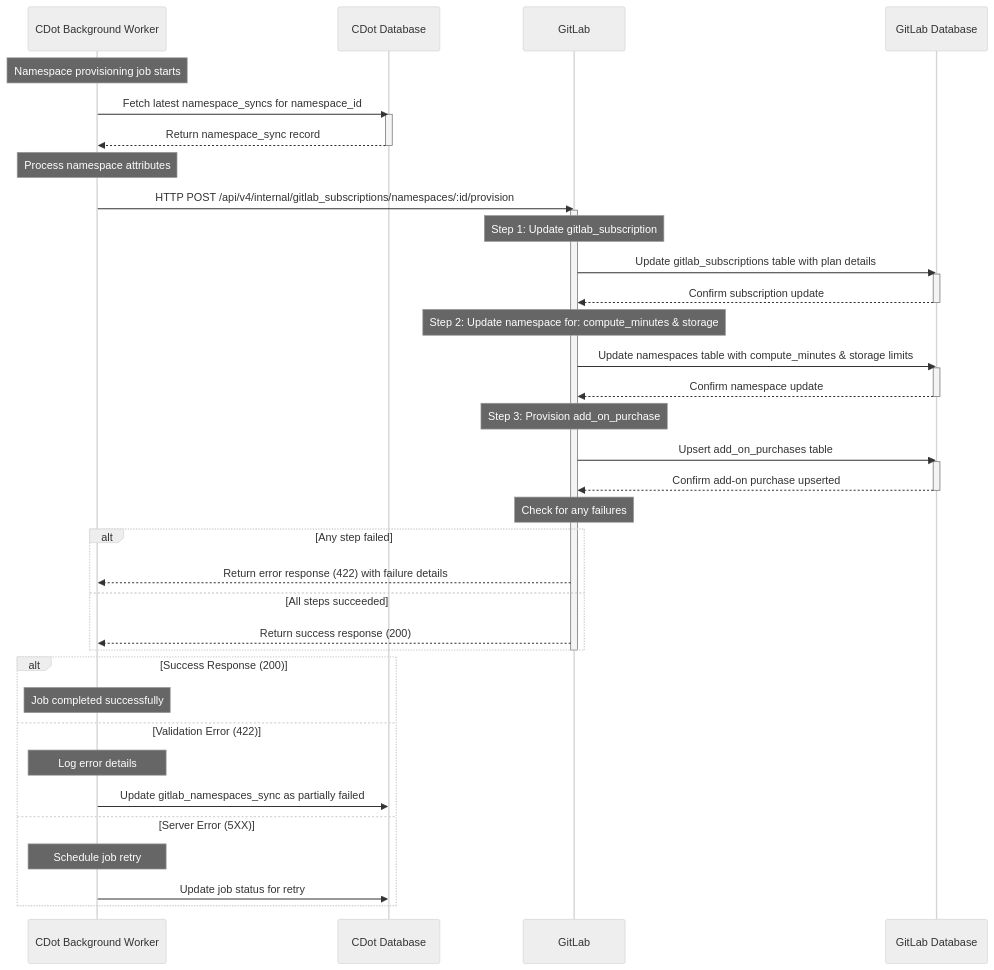
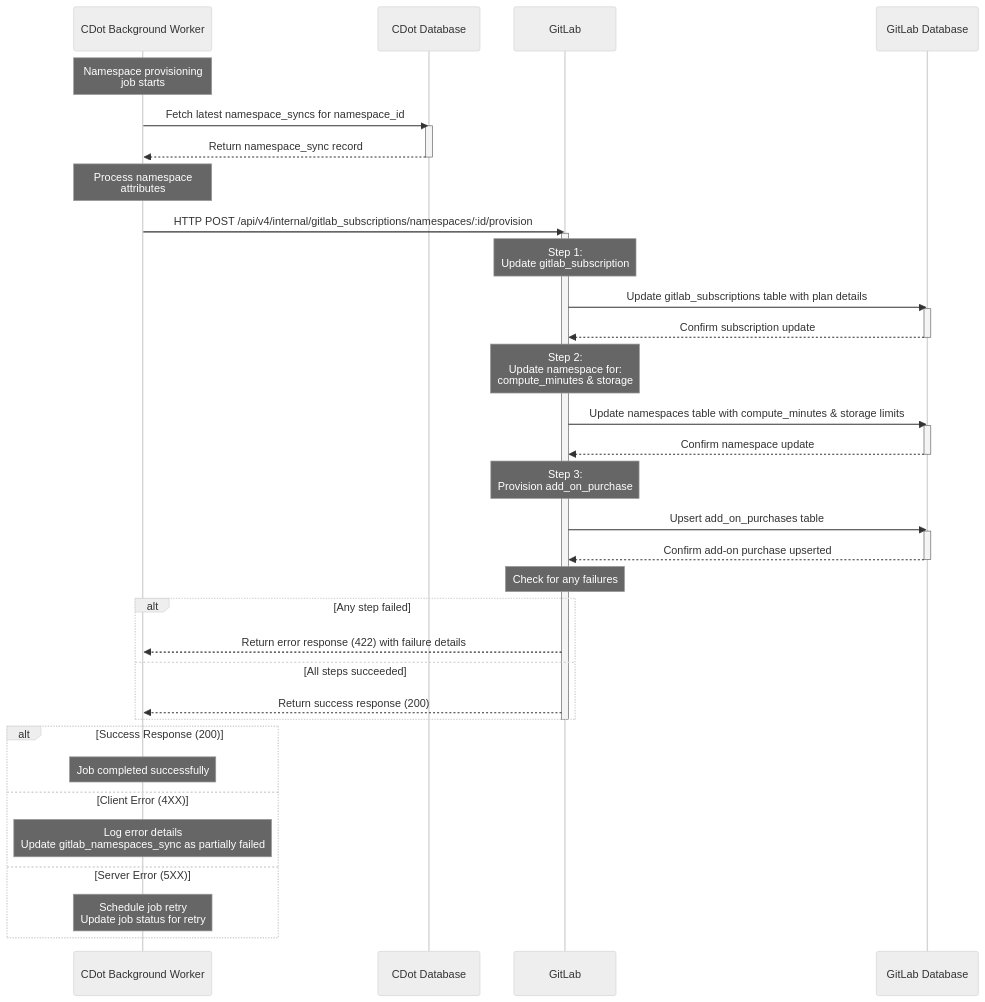
Before and after one commit to zalyoung/gitlab-handbook: the fourth of 4 diagrams in content/handbook/engineering/architecture/design-documents/cdot_namespace_provision_sync/_index.md, drawn with Mermaid (neutral theme). The commit also changed other lines of this file, not shown here.

Commit message:
Address reviewer comments

````diff
--- a/content/handbook/engineering/architecture/design-documents/cdot_namespace_provision_sync/_index.md
+++ b/content/handbook/engineering/architecture/design-documents/cdot_namespace_provision_sync/_index.md
@@ -132,55 +134,53 @@
 ```mermaid
 sequenceDiagram
     participant BW as CDot Background Worker
     participant DB as CDot Database
     participant GL as GitLab
     participant GLDB as GitLab Database
 
-    Note over BW: Namespace provisioning job starts
-    
+    Note over BW: Namespace provisioning<br>job starts
+
     BW->>DB: Fetch latest namespace_syncs for namespace_id
     activate DB
     DB-->>BW: Return namespace_sync record
     deactivate DB
-    
-    Note over BW: Process namespace attributes
-    
+
+    Note over BW: Process namespace<br>attributes
+
     BW->>GL: HTTP POST /api/v4/internal/gitlab_subscriptions/namespaces/:id/provision
     activate GL
-    
-    Note over GL: Step 1: Update gitlab_subscription
+
+    Note over GL: Step 1:<br>Update gitlab_subscription
     GL->>GLDB: Update gitlab_subscriptions table with plan details
     activate GLDB
     GLDB-->>GL: Confirm subscription update
     deactivate GLDB
-    
-    Note over GL: Step 2: Update namespace for: compute_minutes & storage
+
+    Note over GL: Step 2:<br>Update namespace for:<br>compute_minutes & storage
     GL->>GLDB: Update namespaces table with compute_minutes & storage limits
     activate GLDB
     GLDB-->>GL: Confirm namespace update
     deactivate GLDB
-    
-    Note over GL: Step 3: Provision add_on_purchase
+
+    Note over GL: Step 3:<br>Provision add_on_purchase
     GL->>GLDB: Upsert add_on_purchases table
     activate GLDB
     GLDB-->>GL: Confirm add-on purchase upserted
     deactivate GLDB
-    
+
     Note over GL: Check for any failures
     alt Any step failed
         GL-->>BW: Return error response (422) with failure details
     else All steps succeeded
         GL-->>BW: Return success response (200)
     end
     deactivate GL
-    
+
     alt Success Response (200)
         Note over BW: Job completed successfully
-    else Validation Error (422)
-        Note over BW: Log error details
-        BW->>DB: Update gitlab_namespaces_sync as partially failed
+    else Client Error (4XX)
+        Note over BW: Log error details<br>Update gitlab_namespaces_sync as partially failed
     else Server Error (5XX)
-        Note over BW: Schedule job retry
-        BW->>DB: Update job status for retry
+        Note over BW: Schedule job retry<br>Update job status for retry
     end
 ```
````
